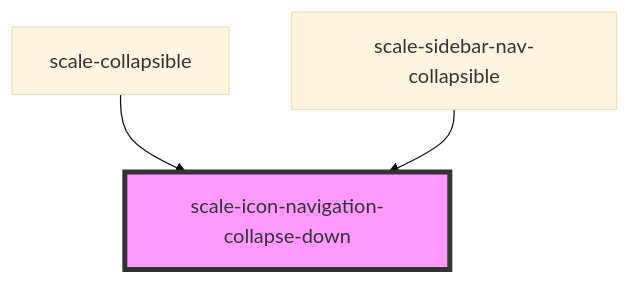
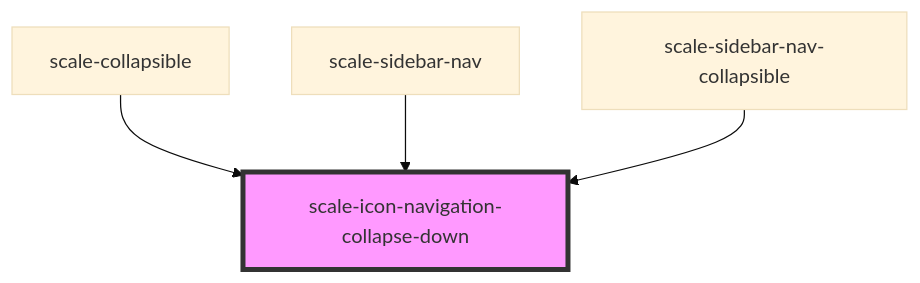
Before and after one commit to gaurishkamat/scale: the diagram in packages/components/src/components/icons/navigation-collapse-down/readme.md, drawn with Mermaid (base theme). The commit also changed other lines of this file and 15 other files, not shown here.

Commit message:
feat: make entire sidebar nav collapsible for small screens

````diff
--- a/packages/components/src/components/icons/navigation-collapse-down/readme.md
+++ b/packages/components/src/components/icons/navigation-collapse-down/readme.md
@@ -27,6 +28,7 @@
 ```mermaid
 graph TD;
   scale-collapsible --> scale-icon-navigation-collapse-down
+  scale-sidebar-nav --> scale-icon-navigation-collapse-down
   scale-sidebar-nav-collapsible --> scale-icon-navigation-collapse-down
   style scale-icon-navigation-collapse-down fill:#f9f,stroke:#333,stroke-width:4px
 ```
````
